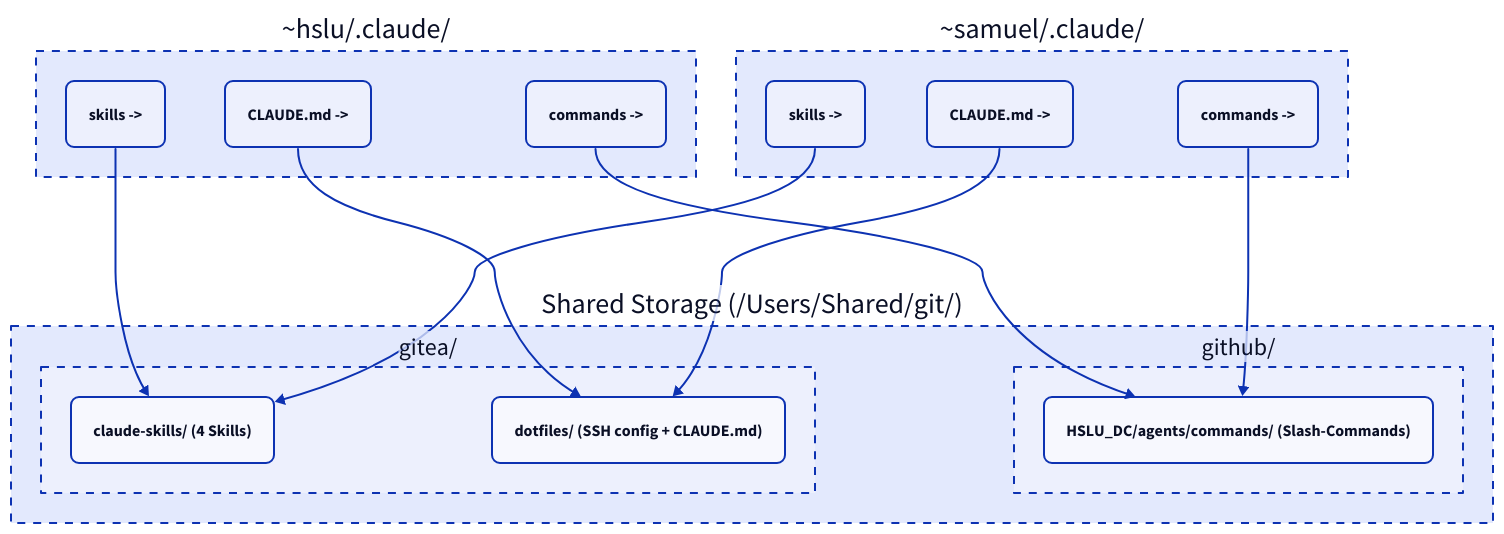
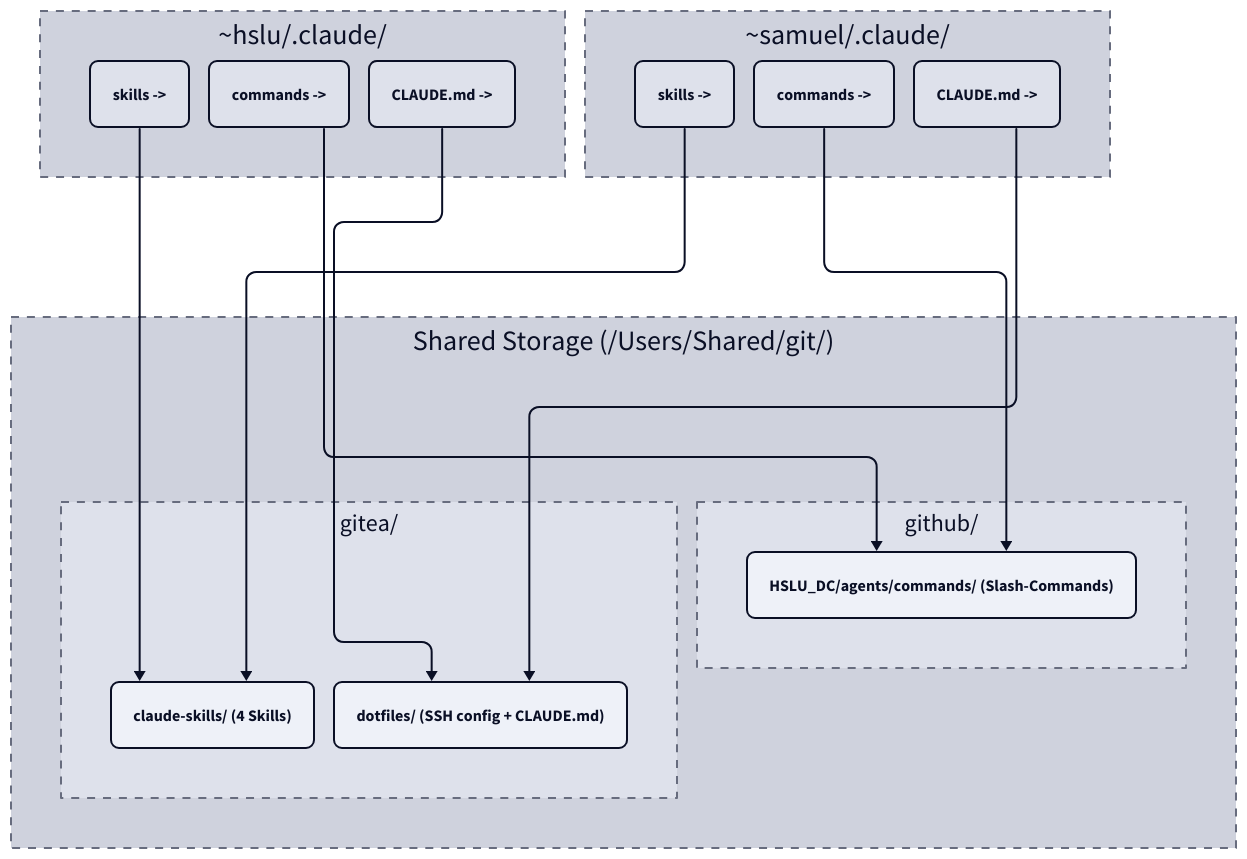
Before and after one commit to derever-labs/homelab-wiki: the diagram in docs/_querschnitt/claude-code-sync.md, drawn with D2. The commit also changed 109 other files, not shown here.

````diff
--- a/docs/_querschnitt/claude-code-sync.md
+++ b/docs/_querschnitt/claude-code-sync.md
@@ -16,37 +16,43 @@
 ```d2
 direction: down
+vars: {
+  d2-config: {
+    theme-id: 1
+    layout-engine: elk
+  }
+}
 
 SharedStorage: "Shared Storage (/Users/Shared/git/)" {
   style.stroke-dash: 4
   gitea: "gitea/" {
     style.stroke-dash: 4
     CS: "claude-skills/ (4 Skills)" { style.border-radius: 8 }
     DF: "dotfiles/ (SSH config + CLAUDE.md)" { style.border-radius: 8 }
   }
   github: "github/" {
     style.stroke-dash: 4
     CMD: "HSLU_DC/agents/commands/ (Slash-Commands)" { style.border-radius: 8 }
   }
 }
 
 hslu: "~hslu/.claude/" {
   style.stroke-dash: 4
   HS: "skills ->" { style.border-radius: 8 }
   HC: "commands ->" { style.border-radius: 8 }
   HM: "CLAUDE.md ->" { style.border-radius: 8 }
 }
 
 samuel: "~samuel/.claude/" {
   style.stroke-dash: 4
   SS: "skills ->" { style.border-radius: 8 }
   SC: "commands ->" { style.border-radius: 8 }
   SM: "CLAUDE.md ->" { style.border-radius: 8 }
 }
 
 hslu.HS -> SharedStorage.gitea.CS
 samuel.SS -> SharedStorage.gitea.CS
 hslu.HC -> SharedStorage.github.CMD
 samuel.SC -> SharedStorage.github.CMD
 hslu.HM -> SharedStorage.gitea.DF
 samuel.SM -> SharedStorage.gitea.DF
 ```
````
